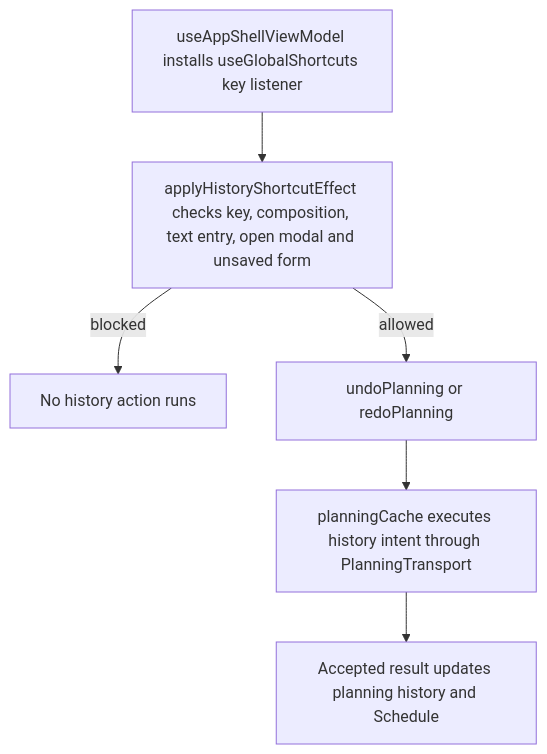
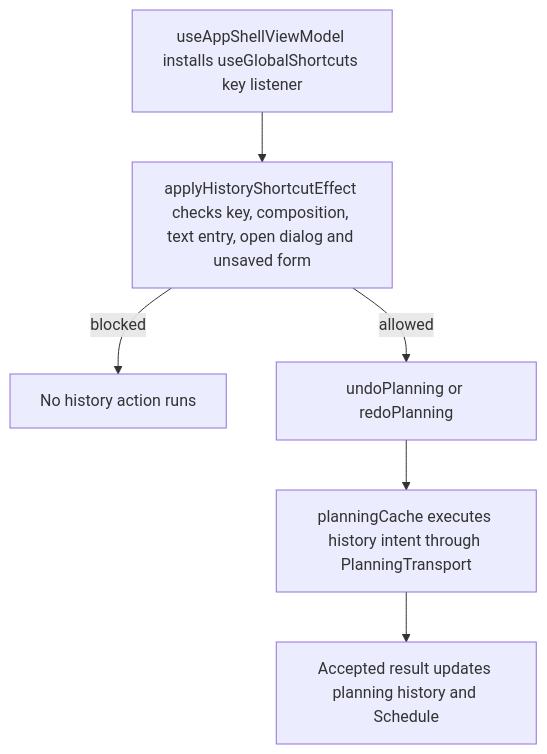
One commit to Kevinjohn/capacitylens changed the second of 2 diagrams in user-stories/toolbar/US-TBR-07-undo-redo-keyboard.md. Above: the diagram before and after it, drawn with Mermaid. The commit also changed other lines of this file and 88 other files, not shown here.

First line of the commit message:
Modal to dialog: rename the form dialog wrapper and remaining names

````diff
--- a/user-stories/toolbar/US-TBR-07-undo-redo-keyboard.md
+++ b/user-stories/toolbar/US-TBR-07-undo-redo-keyboard.md
@@ -33,8 +33,8 @@
 ```mermaid
 flowchart TD
-  A["useAppShellViewModel installs useGlobalShortcuts key listener"] --> B["applyHistoryShortcutEffect checks key, composition, text entry, open modal and unsaved form"]
+  A["useAppShellViewModel installs useGlobalShortcuts key listener"] --> B["applyHistoryShortcutEffect checks key, composition, text entry, open dialog and unsaved form"]
   B -->|blocked| C["No history action runs"]
   B -->|allowed| D["undoPlanning or redoPlanning"]
   D --> E["planningCache executes history intent through PlanningTransport"]
   E --> F["Accepted result updates planning history and Schedule"]
 ```
````
